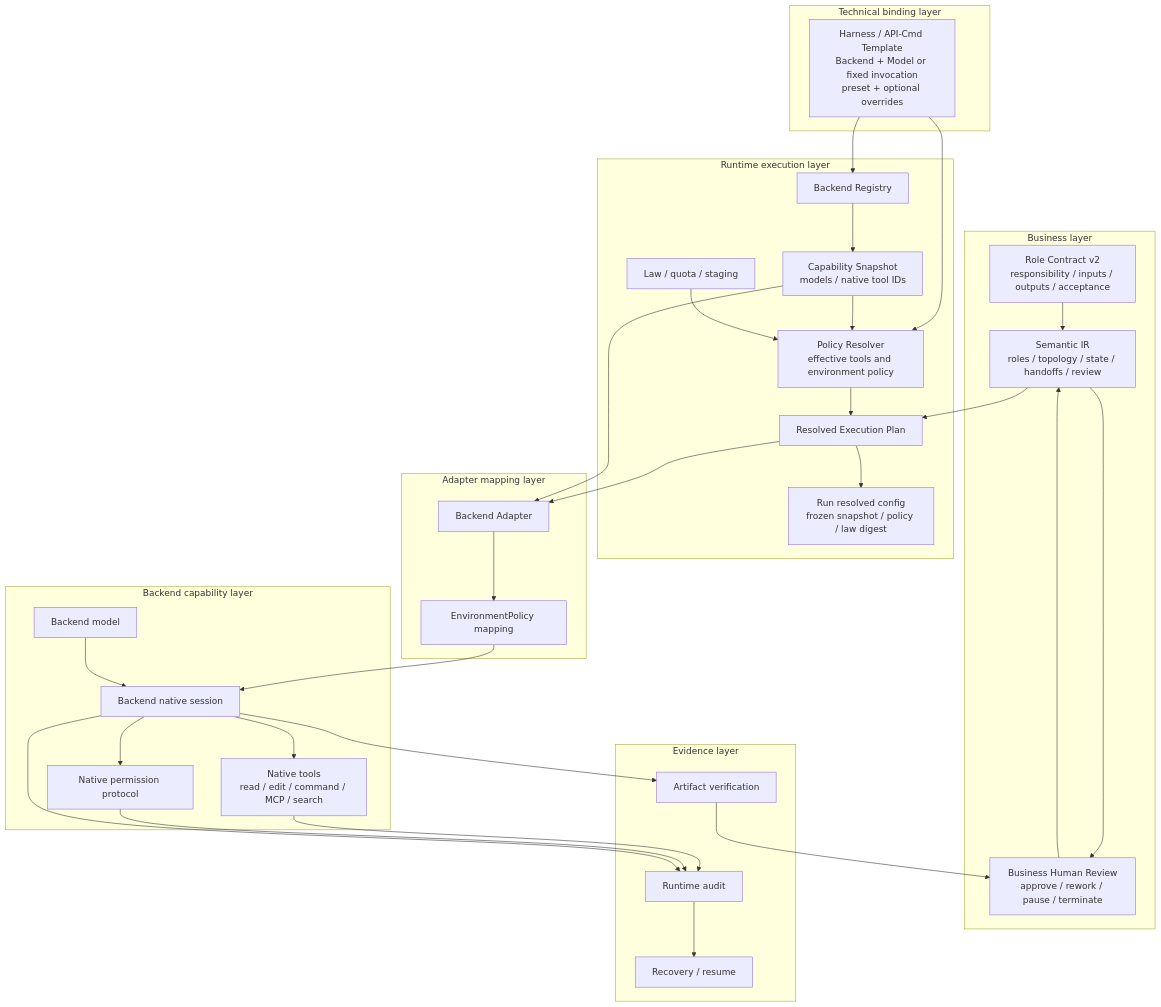
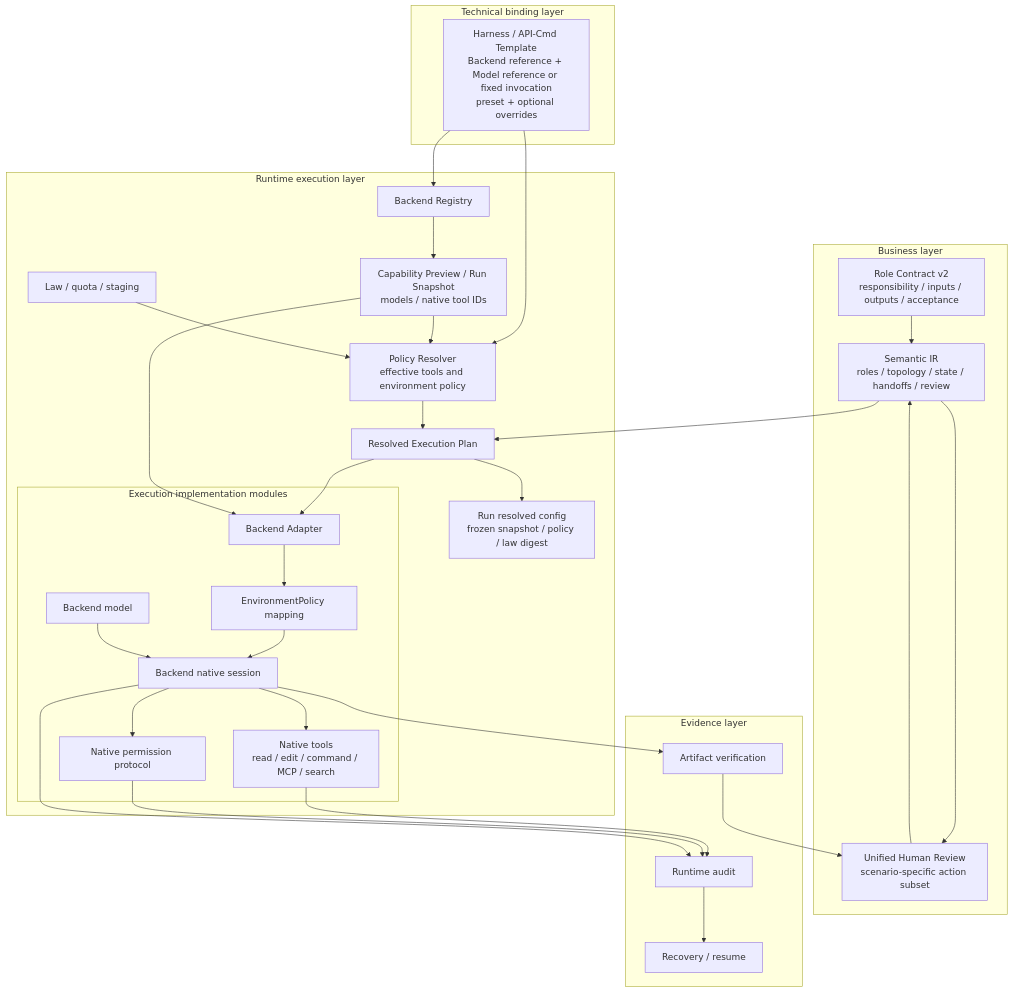
Before and after one commit to Fredericzhou/ogsystem: the first of 8 diagrams in docs/development/role-execution-architecture.md, drawn with Mermaid. The commit also changed other lines of this file and 1 other file, not shown here.

Commit message:
docs: finalize OGS contract set v2 architecture

````diff
--- a/docs/development/role-execution-architecture.md
+++ b/docs/development/role-execution-architecture.md
@@ -21,64 +357,60 @@
 ```mermaid
 flowchart TB
     subgraph Business["Business layer"]
         RC["Role Contract v2<br/>responsibility / inputs / outputs / acceptance"]
         IR["Semantic IR<br/>roles / topology / state / handoffs / review"]
-        HR["Business Human Review<br/>approve / rework / pause / terminate"]
+        HR["Unified Human Review<br/>scenario-specific action subset"]
     end
 
     subgraph Technical["Technical binding layer"]
-        EB["Harness / API-Cmd Template<br/>Backend + Model or fixed invocation<br/>preset + optional overrides"]
+        EB["Harness / API-Cmd Template<br/>Backend reference + Model reference or fixed invocation<br/>preset + optional overrides"]
     end
 
     subgraph Runtime["Runtime execution layer"]
         BR["Backend Registry"]
-        CS["Capability Snapshot<br/>models / native tool IDs"]
+        CS["Capability Preview / Run Snapshot<br/>models / native tool IDs"]
         PR["Policy Resolver<br/>effective tools and environment policy"]
         LAW["Law / quota / staging"]
         PLAN["Resolved Execution Plan"]
         SNAP["Run resolved config<br/>frozen snapshot / policy / law digest"]
-    end
-
-    subgraph Adapter["Adapter mapping layer"]
-        AD["Backend Adapter"]
-        MAP["EnvironmentPolicy mapping"]
-    end
-
-    subgraph Backend["Backend capability layer"]
-        BS["Backend native session"]
-        MODEL["Backend model"]
-        NT["Native tools<br/>read / edit / command / MCP / search"]
-        PP["Native permission protocol"]
+        subgraph Impl["Execution implementation modules"]
+            AD["Backend Adapter"]
+            MAP["EnvironmentPolicy mapping"]
+            BS["Backend native session"]
+            MODEL["Backend model"]
+            NT["Native tools<br/>read / edit / command / MCP / search"]
+            PP["Native permission protocol"]
+        end
     end
 
     subgraph Evidence["Evidence layer"]
         AUDIT["Runtime audit"]
         RECOVERY["Recovery / resume"]
         ARTIFACT["Artifact verification"]
     end
 
     RC --> IR
     IR --> HR
     EB --> BR
     EB --> PR
     BR --> CS
     CS --> PR
     LAW --> PR
     IR --> PLAN
     PR --> PLAN
     PLAN --> SNAP
     PLAN --> AD
     AD --> MAP
     MAP --> BS
     MODEL --> BS
     CS --> AD
     BS --> NT
     BS --> PP
     NT --> AUDIT
     PP --> AUDIT
     BS --> AUDIT
     AUDIT --> RECOVERY
     BS --> ARTIFACT
     ARTIFACT --> HR
     HR --> IR
 ```
````
